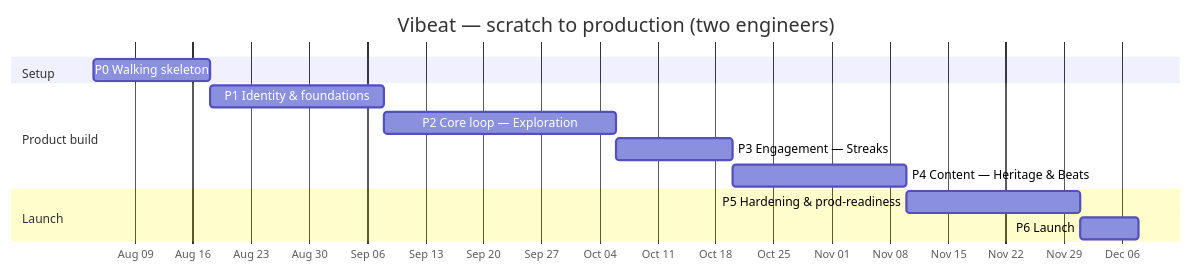
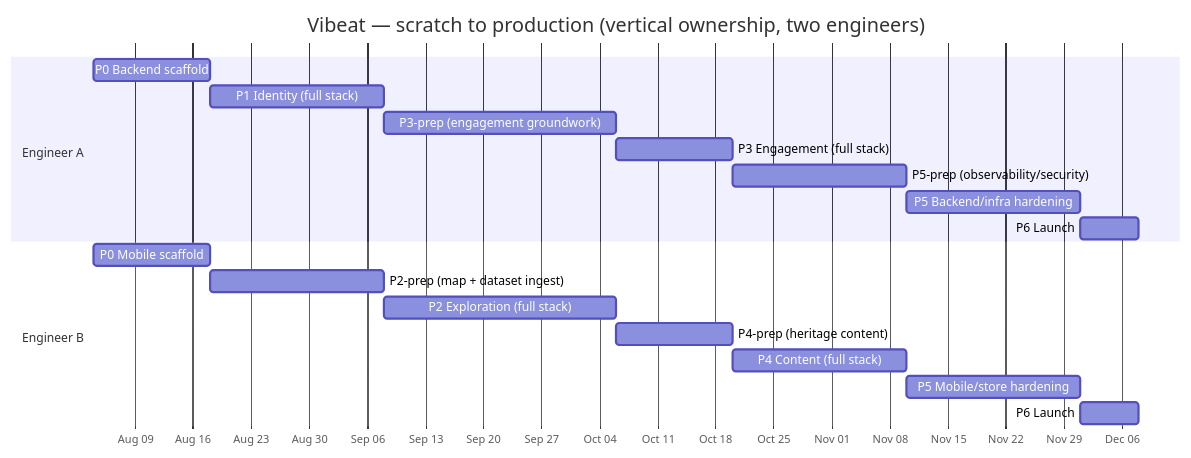
The diagram in docs/02-process-documentation/plans-estimates-schedules.md (Vie-Go/viego-monorepo), drawn with Mermaid before and after one commit. The commit also changed other lines of this file and 34 other files, not shown here.

````diff
--- a/docs/02-process-documentation/plans-estimates-schedules.md
+++ b/docs/02-process-documentation/plans-estimates-schedules.md
@@ -39,16 +51,22 @@
 ```mermaid
 gantt
-  title Vibeat — scratch to production (two engineers)
+  title Vibeat — scratch to production (vertical ownership, two engineers)
   dateFormat  YYYY-MM-DD
   axisFormat  %b %d
-  section Setup
-  P0 Walking skeleton            :p0, 2026-08-04, 2w
-  section Product build
-  P1 Identity & foundations      :p1, after p0, 3w
-  P2 Core loop — Exploration     :p2, after p1, 4w
-  P3 Engagement — Streaks        :p3, after p2, 2w
-  P4 Content — Heritage & Beats  :p4, after p3, 3w
-  section Launch
-  P5 Hardening & prod-readiness  :p5, after p4, 3w
-  P6 Launch                      :p6, after p5, 1w
+  section Engineer A
+  P0 Backend scaffold                 :a0, 2026-08-04, 2w
+  P1 Identity (full stack)            :a1, after a0, 3w
+  P3-prep (engagement groundwork)     :a2prep, after a1, 4w
+  P3 Engagement (full stack)          :a3, after b2, 2w
+  P5-prep (observability/security)    :a4prep, after a3, 3w
+  P5 Backend/infra hardening          :a5, after b4, 3w
+  P6 Launch                           :a6, after a5, 1w
+  section Engineer B
+  P0 Mobile scaffold                  :b0, 2026-08-04, 2w
+  P2-prep (map + dataset ingest)      :b1prep, after b0, 3w
+  P2 Exploration (full stack)         :b2, after a1, 4w
+  P4-prep (heritage content)          :b3prep, after b2, 2w
+  P4 Content (full stack)             :b4, after a3, 3w
+  P5 Mobile/store hardening           :b5, after b4, 3w
+  P6 Launch                           :b6, after b5, 1w
 ```
````
